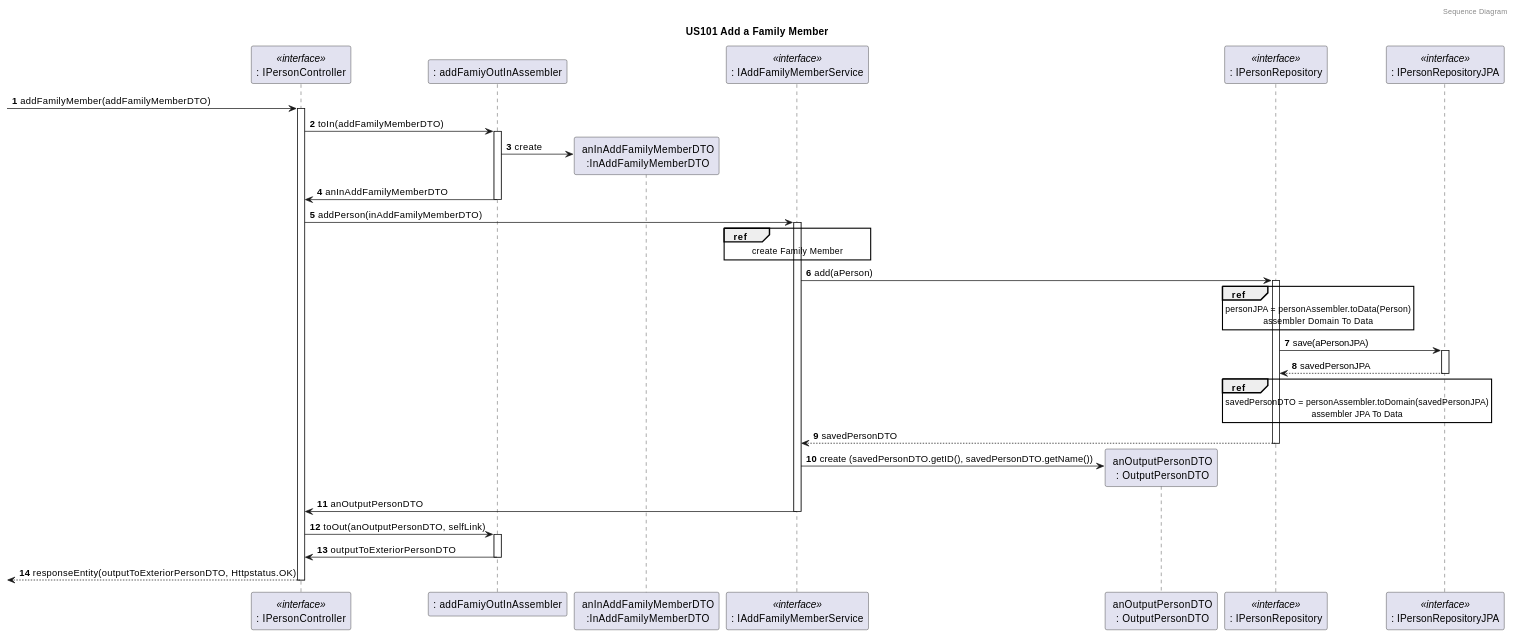
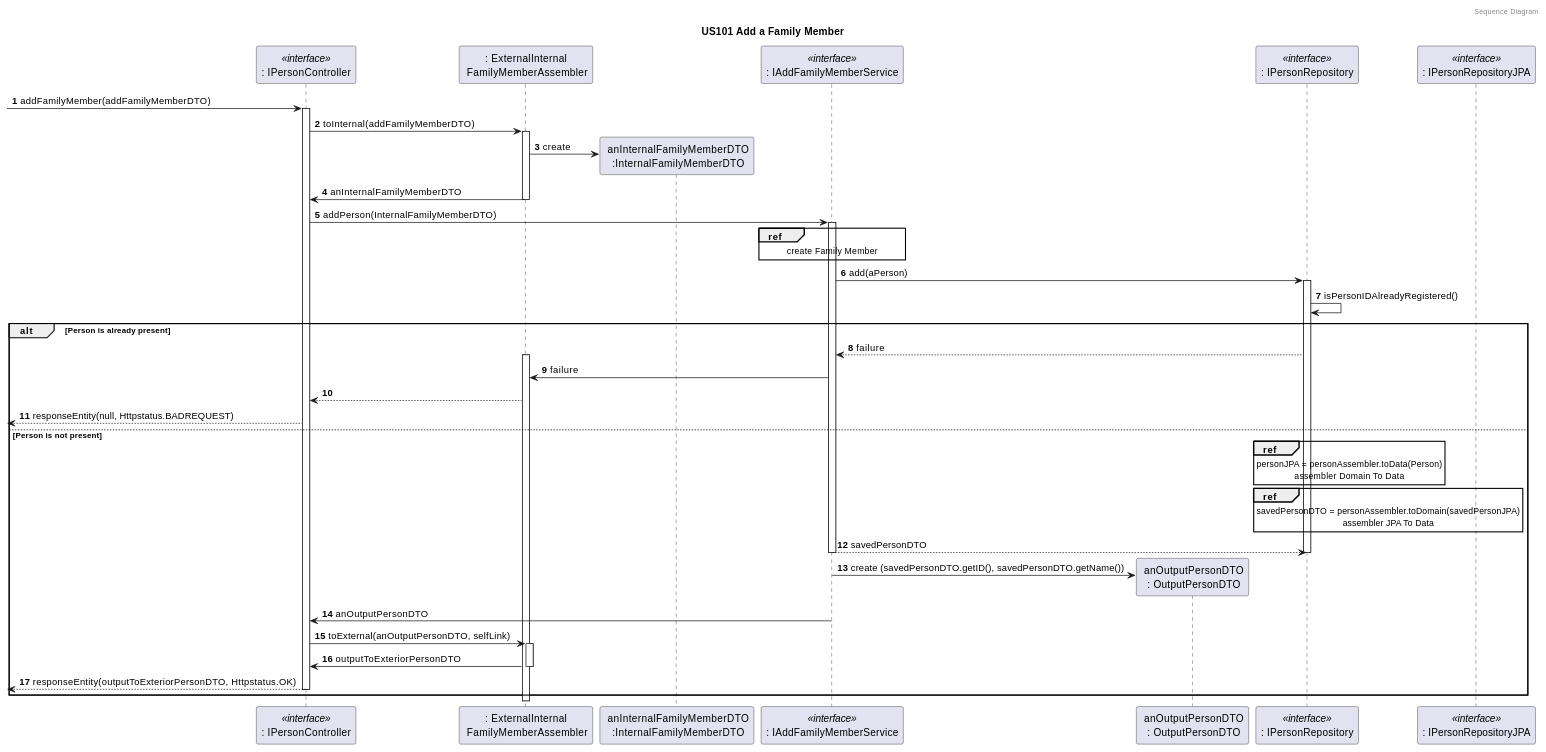
Before and after one commit to tomas-osswald/switch_2020_g3: the fourth of 6 diagrams in docs/sprint5/user_stories/US101_AddFamilyMember.md, drawn with PlantUML. The commit also changed other lines of this file and 4 other files, not shown here.

`````diff
--- a/docs/sprint5/user_stories/US101_AddFamilyMember.md
+++ b/docs/sprint5/user_stories/US101_AddFamilyMember.md
@@ -263,61 +263,69 @@
 ```puml
 @startuml
 autonumber
 header Sequence Diagram
 title US101 Add a Family Member
 
 participant ": IPersonController" as controller <<interface>>
-participant ": addFamiyOutInAssembler" as outinassembler
-participant " anInAddFamilyMemberDTO\n :InAddFamilyMemberDTO" as aninaddassembler
+participant ": ExternalInternal\n FamilyMemberAssembler" as outinassembler
+participant " anInternalFamilyMemberDTO\n :InternalFamilyMemberDTO" as aninaddassembler
 participant ": IAddFamilyMemberService" as FamAdminService <<interface>>
 participant " anOutputPersonDTO\n : OutputPersonDTO" as outputPersonDTO
 participant ": IPersonRepository" as prepository  <<interface>>
 participant ": IPersonRepositoryJPA" as prepositoryJPA  <<interface>>
 'participant "aFamilyRepository\n : FamilyRepository" as frepository
 
 -> controller : addFamilyMember(addFamilyMemberDTO)
 activate controller
-controller -> outinassembler : toIn(addFamilyMemberDTO)
+controller -> outinassembler : toInternal(addFamilyMemberDTO)
 activate outinassembler
 outinassembler -> aninaddassembler** : create
-outinassembler -> controller : anInAddFamilyMemberDTO
+outinassembler -> controller : anInternalFamilyMemberDTO
 deactivate
-controller -> FamAdminService : addPerson(inAddFamilyMemberDTO)
+controller -> FamAdminService : addPerson(InternalFamilyMemberDTO)
 activate FamAdminService
 
 ref over FamAdminService
 create Family Member
 end
+
 FamAdminService -> prepository : add(aPerson)
 activate prepository
 
+prepository -> prepository : isPersonIDAlreadyRegistered()
+alt Person is already present
+prepository --> FamAdminService : failure
+activate outinassembler
+FamAdminService -> outinassembler : failure
+'FamAdminService -> outinassembler : toExternal(internalFamilyMemberDTO)
+outinassembler --> controller :
+<-- controller : responseEntity(null, Httpstatus.BADREQUEST)
+else Person is not present
 ref over prepository
 personJPA = personAssembler.toData(Person)
 assembler Domain To Data
 end
 
-prepository -> prepositoryJPA : save(aPersonJPA)
-activate prepositoryJPA
-return savedPersonJPA
-
 ref over prepository
 savedPersonDTO = personAssembler.toDomain(savedPersonJPA)
 assembler JPA To Data
 end
+
 return savedPersonDTO
 deactivate prepositoryJPA
 'FamAdminService - create (savedPersonDTO)
 deactivate prepository
 FamAdminService -> outputPersonDTO** : create (savedPersonDTO.getID(), savedPersonDTO.getName())
 FamAdminService -> controller: anOutputPersonDTO
 deactivate FamAdminService 
-controller -> outinassembler : toOut(anOutputPersonDTO, selfLink)
+controller -> outinassembler : toExternal(anOutputPersonDTO, selfLink)
 activate outinassembler
 outinassembler -> controller : outputToExteriorPersonDTO
 deactivate
 deactivate FamAdminService
 <-- controller : responseEntity(outputToExteriorPersonDTO, Httpstatus.OK)
 deactivate controller
 
+end
 @enduml
 ````
`````
